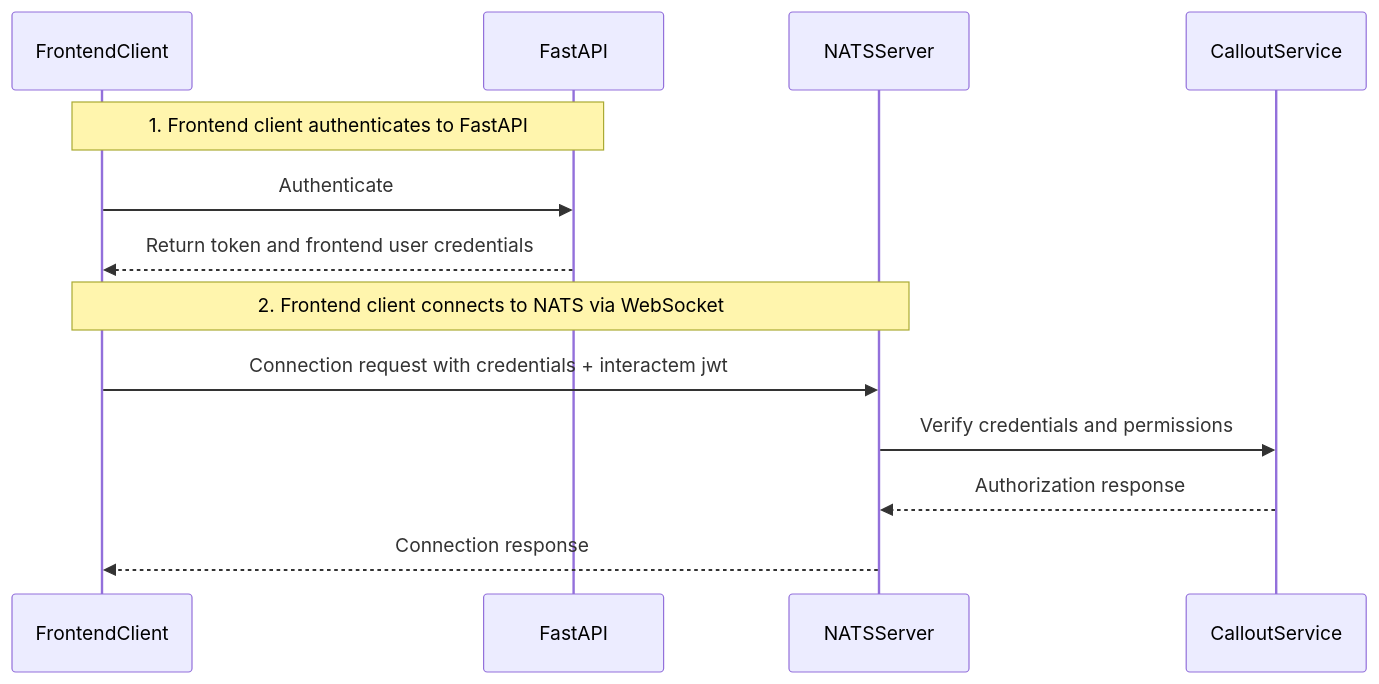
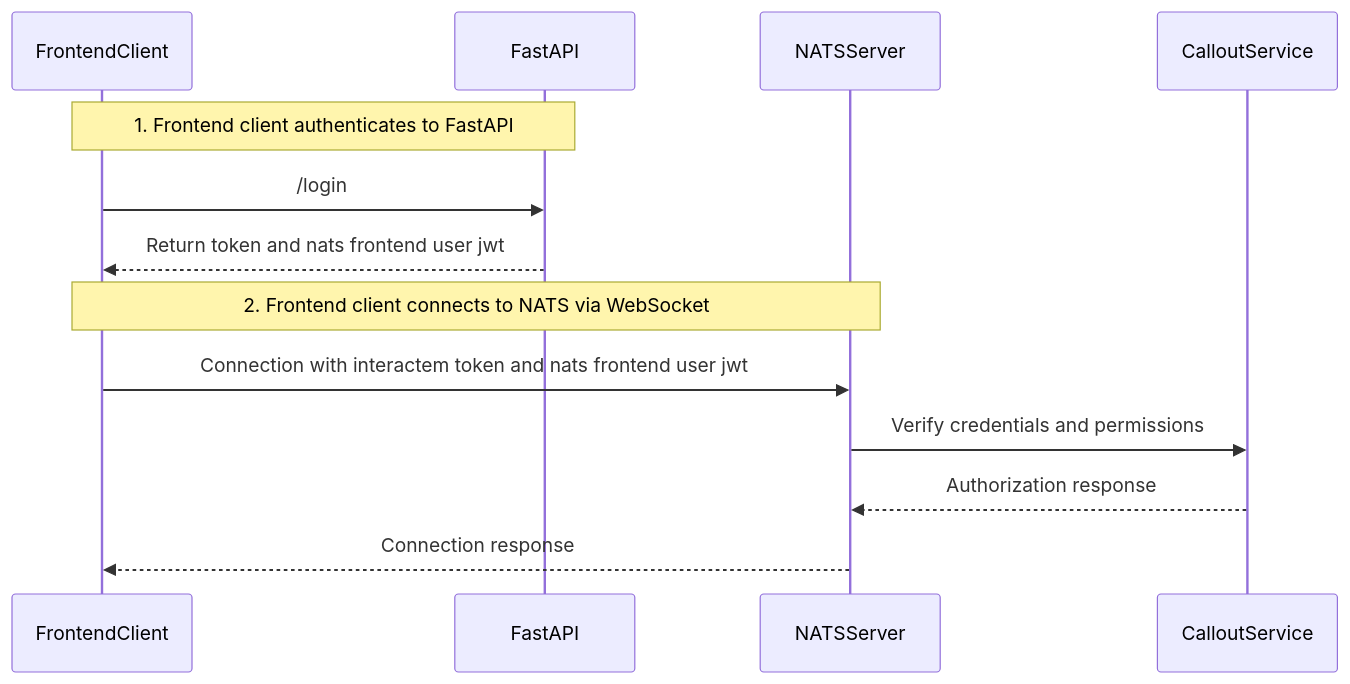
Before and after one commit to NERSC/interactEM: the diagram in nats-conf/README.md, drawn with Mermaid. The commit also changed other lines of this file and 1 other file, not shown here.

````diff
--- a/nats-conf/README.md
+++ b/nats-conf/README.md
@@ -23,17 +25,17 @@
 ```mermaid
 sequenceDiagram
     participant FrontendClient
     participant FastAPI
     participant NATSServer
     participant CalloutService
     
     Note over FrontendClient, FastAPI: 1. Frontend client authenticates to FastAPI
-    FrontendClient ->> FastAPI: Authenticate
-    FastAPI -->> FrontendClient: Return token and frontend user credentials
+    FrontendClient ->> FastAPI: /login
+    FastAPI -->> FrontendClient: Return token and nats frontend user jwt
     
     Note over FrontendClient, NATSServer: 2. Frontend client connects to NATS via WebSocket
-    FrontendClient ->> NATSServer: Connection request with credentials + interactem jwt
+    FrontendClient ->> NATSServer: Connection with interactem token and nats frontend user jwt
     NATSServer ->> CalloutService: Verify credentials and permissions
     CalloutService -->> NATSServer: Authorization response
     NATSServer -->> FrontendClient: Connection response
 ```
````
